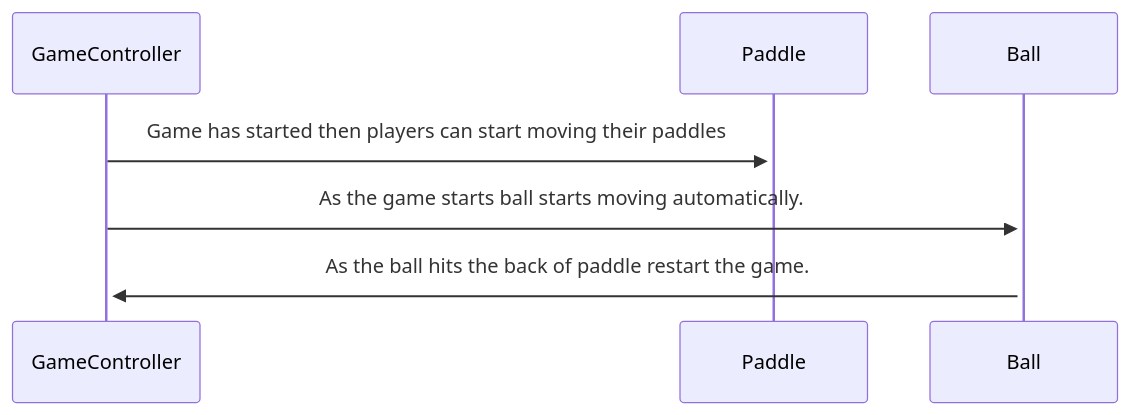
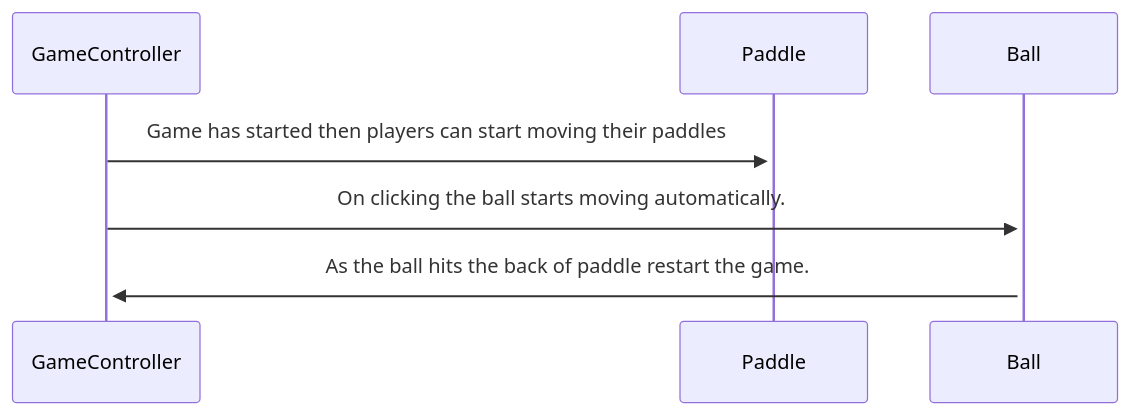
The second of 3 diagrams in Stage0/sequence-start.md (Engin-Boot/pong-stage-anjalimnnit), drawn with Mermaid before and after one commit. The commit also changed other lines of this file, not shown here.

````diff
--- a/Stage0/sequence-start.md
+++ b/Stage0/sequence-start.md
@@ -14,6 +13,6 @@
 ```mermaid
 sequenceDiagram
 GameController->>+Paddle: Game has started then players can start moving their paddles
-GameController->>+Ball: As the game starts ball starts moving automatically. 
+GameController->>+Ball: On clicking the ball starts moving automatically.
 Ball->>+GameController: As the ball hits the back of paddle restart the game.
 ```
````
